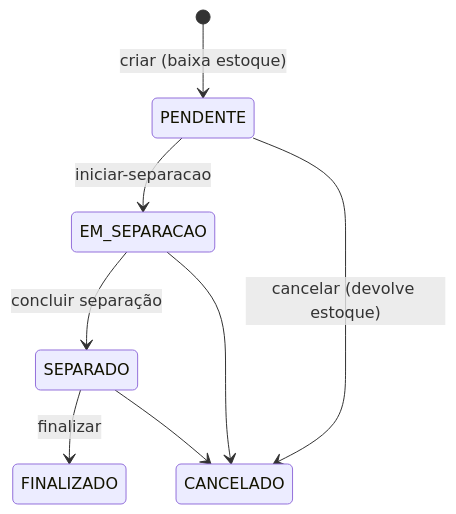
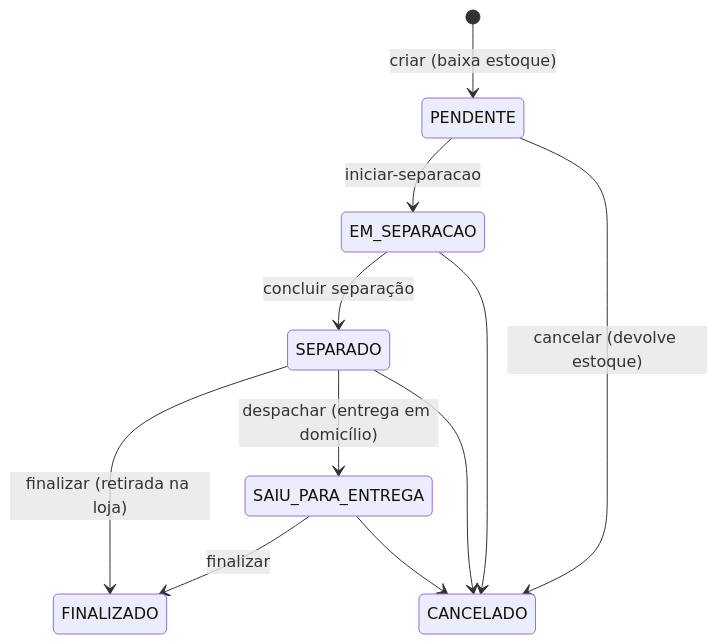
Before and after one commit to trobozoi/superbenfica-api: the second of 3 diagrams in docs/arquitetura.md, drawn with Mermaid. The commit also changed other lines of this file and 55 other files, not shown here.

First line of the commit message:
feat: formas de pagamento, entrega em domicílio, fotos e código de barras, checklist e rate limit

````diff
--- a/docs/arquitetura.md
+++ b/docs/arquitetura.md
@@ -74,10 +80,13 @@
 ```mermaid
 stateDiagram-v2
     [*] --> PENDENTE: criar (baixa estoque)
     PENDENTE --> EM_SEPARACAO: iniciar-separacao
     EM_SEPARACAO --> SEPARADO: concluir separação
-    SEPARADO --> FINALIZADO: finalizar
+    SEPARADO --> FINALIZADO: finalizar (retirada na loja)
+    SEPARADO --> SAIU_PARA_ENTREGA: despachar (entrega em domicílio)
+    SAIU_PARA_ENTREGA --> FINALIZADO: finalizar
     PENDENTE --> CANCELADO: cancelar (devolve estoque)
     EM_SEPARACAO --> CANCELADO
     SEPARADO --> CANCELADO
+    SAIU_PARA_ENTREGA --> CANCELADO
 ```
````
